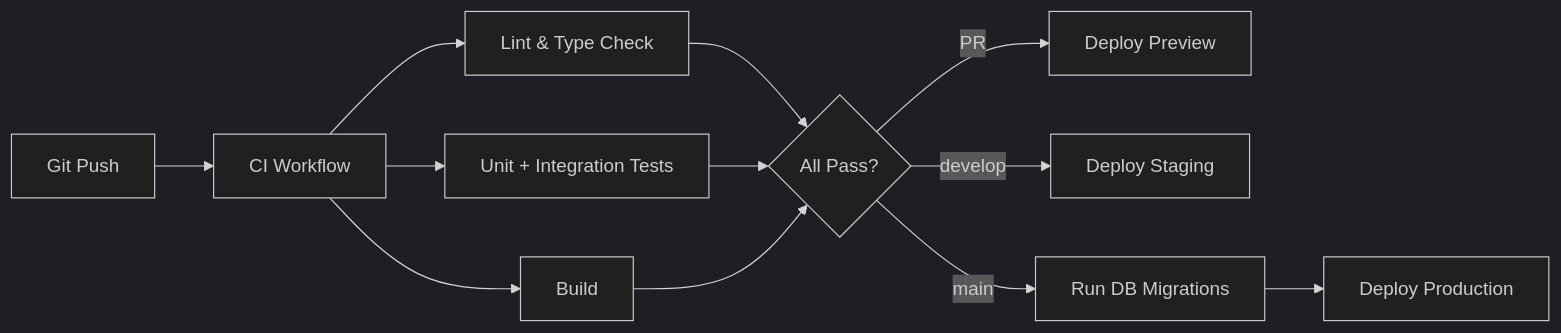
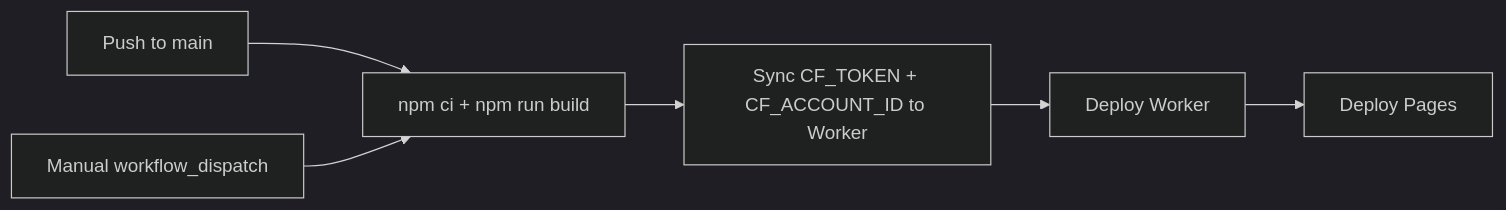
One commit to jelvan-ricolcol/fullstack-developer-documentation- changed the diagram in CI_CD.md. Above: the diagram before and after it, drawn with Mermaid (dark theme). The commit also changed other lines of this file and 4 other files, not shown here.

````diff
--- a/CI_CD.md
+++ b/CI_CD.md
@@ -27,14 +27,8 @@
 ```mermaid
 graph LR
-    Push["Git Push"] --> CI["CI Workflow"]
-    CI --> Lint["Lint & Type Check"]
-    CI --> Test["Unit + Integration Tests"]
-    CI --> Build["Build"]
-    Lint --> Gate{All Pass?}
-    Test --> Gate
-    Build --> Gate
-    Gate -->|"PR"| Preview["Deploy Preview"]
-    Gate -->|"develop"| Staging["Deploy Staging"]
-    Gate -->|"main"| Migrate["Run DB Migrations"]
-    Migrate --> Production["Deploy Production"]
+    Push["Push to main"] --> Build["npm ci + npm run build"]
+    Dispatch["Manual workflow_dispatch"] --> Build
+    Build --> SecretSync["Sync CF_TOKEN + CF_ACCOUNT_ID to Worker"]
+    SecretSync --> Worker["Deploy Worker"]
+    Worker --> Pages["Deploy Pages"]
 ```
````
